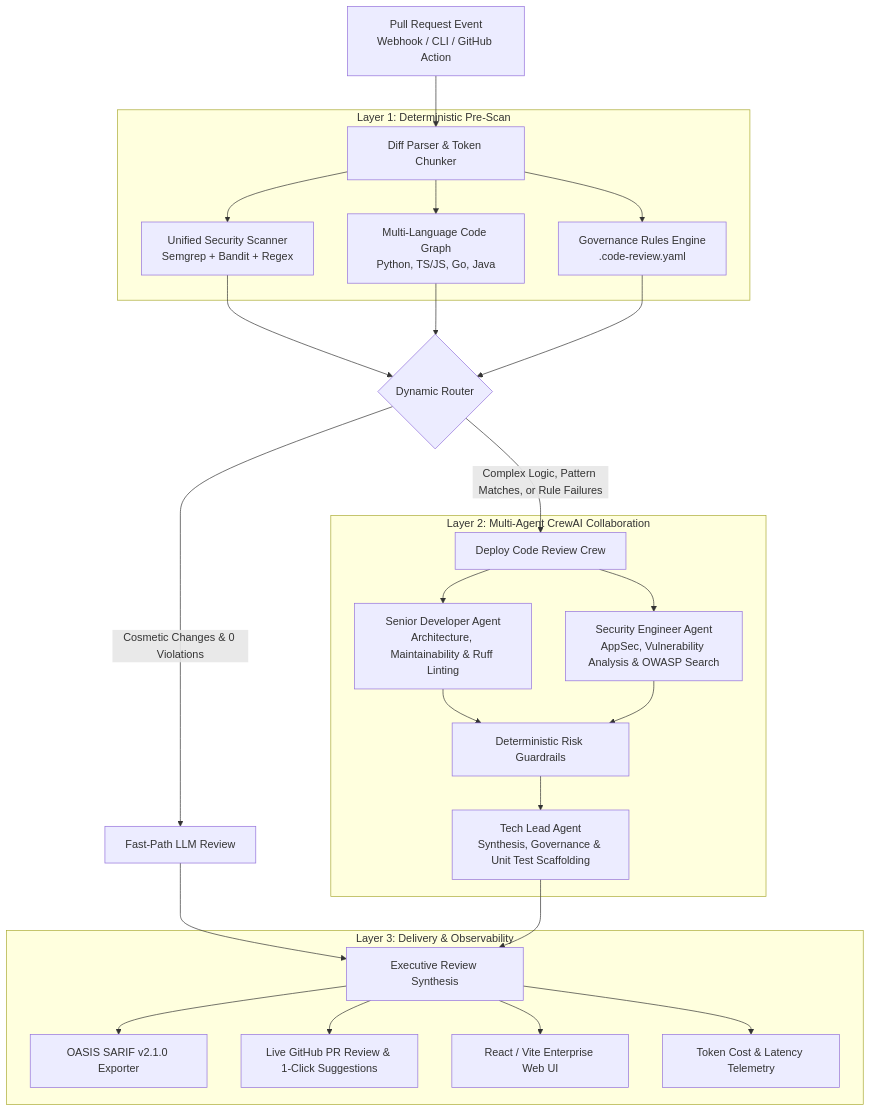
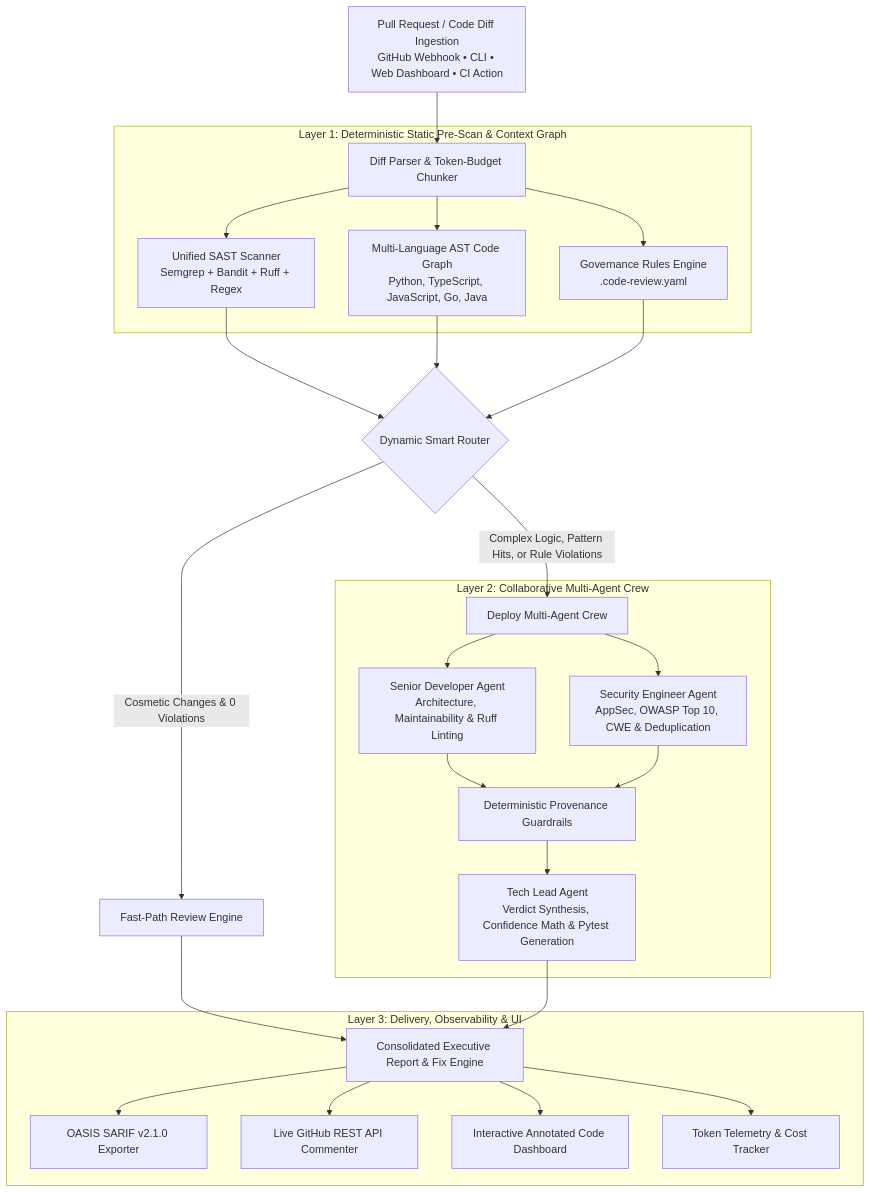
Before and after one commit to hamza1713/AI-Code-Review-Agent: the second of 4 diagrams in README.md, drawn with Mermaid. The commit also changed other lines of this file and 38 other files, not shown here.

Commit message:
feat(v2.0): add animated inline annotations, live webhook hub, grounding rubric, LLM factory, benchmarks, and production README

````diff
--- a/README.md
+++ b/README.md
@@ -96,34 +112,34 @@
 ```mermaid
 graph TD
-    A[Pull Request Event<br/>Webhook / CLI / GitHub Action] --> B[Diff Parser & Token Chunker]
-    
-    subgraph Pre-Scan & Context Ingestion [Layer 1: Deterministic Pre-Scan]
-        B --> C[Unified Security Scanner<br/>Semgrep + Bandit + Regex]
-        B --> D[Multi-Language Code Graph<br/>Python, TS/JS, Go, Java]
+    A[Pull Request / Code Diff Ingestion<br/>GitHub Webhook • CLI • Web Dashboard • CI Action] --> B[Diff Parser & Token-Budget Chunker]
+
+    subgraph Layer1 [Layer 1: Deterministic Static Pre-Scan & Context Graph]
+        B --> C[Unified SAST Scanner<br/>Semgrep + Bandit + Ruff + Regex]
+        B --> D[Multi-Language AST Code Graph<br/>Python, TypeScript, JavaScript, Go, Java]
         B --> E[Governance Rules Engine<br/>.code-review.yaml]
     end
-    
-    C & D & E --> F{Dynamic Router}
-    F -->|Cosmetic Changes & 0 Violations| G[Fast-Path LLM Review]
-    F -->|Complex Logic, Pattern Matches, or Rule Failures| H[Deploy Code Review Crew]
-    
-    subgraph MultiAgentCrew [Layer 2: Multi-Agent CrewAI Collaboration]
+
+    C & D & E --> F{Dynamic Smart Router}
+    F -->|Cosmetic Changes & 0 Violations| G[Fast-Path Review Engine]
+    F -->|Complex Logic, Pattern Hits, or Rule Violations| H[Deploy Multi-Agent Crew]
+
+    subgraph Layer2 [Layer 2: Collaborative Multi-Agent Crew]
         H --> I[Senior Developer Agent<br/>Architecture, Maintainability & Ruff Linting]
-        H --> J[Security Engineer Agent<br/>AppSec, Vulnerability Analysis & OWASP Search]
+        H --> J[Security Engineer Agent<br/>AppSec, OWASP Top 10, CWE & Deduplication]
         
-        I --> K[Deterministic Risk Guardrails]
+        I --> K[Deterministic Provenance Guardrails]
         J --> K
         
-        K --> L[Tech Lead Agent<br/>Synthesis, Governance & Unit Test Scaffolding]
+        K --> L[Tech Lead Agent<br/>Verdict Synthesis, Confidence Math & Pytest Generation]
     end
-    
-    G --> M[Executive Review Synthesis]
+
+    G --> M[Consolidated Executive Report & Fix Engine]
     L --> M
-    
-    subgraph OutputDelivery [Layer 3: Delivery & Observability]
+
+    subgraph Layer3 [Layer 3: Delivery, Observability & UI]
         M --> N[OASIS SARIF v2.1.0 Exporter]
-        M --> O[Live GitHub PR Review & 1-Click Suggestions]
-        M --> P[React / Vite Enterprise Web UI]
-        M --> Q[Token Cost & Latency Telemetry]
+        M --> O[Live GitHub REST API Commenter]
+        M --> P[Interactive Annotated Code Dashboard]
+        M --> Q[Token Telemetry & Cost Tracker]
     end
 ```
````
